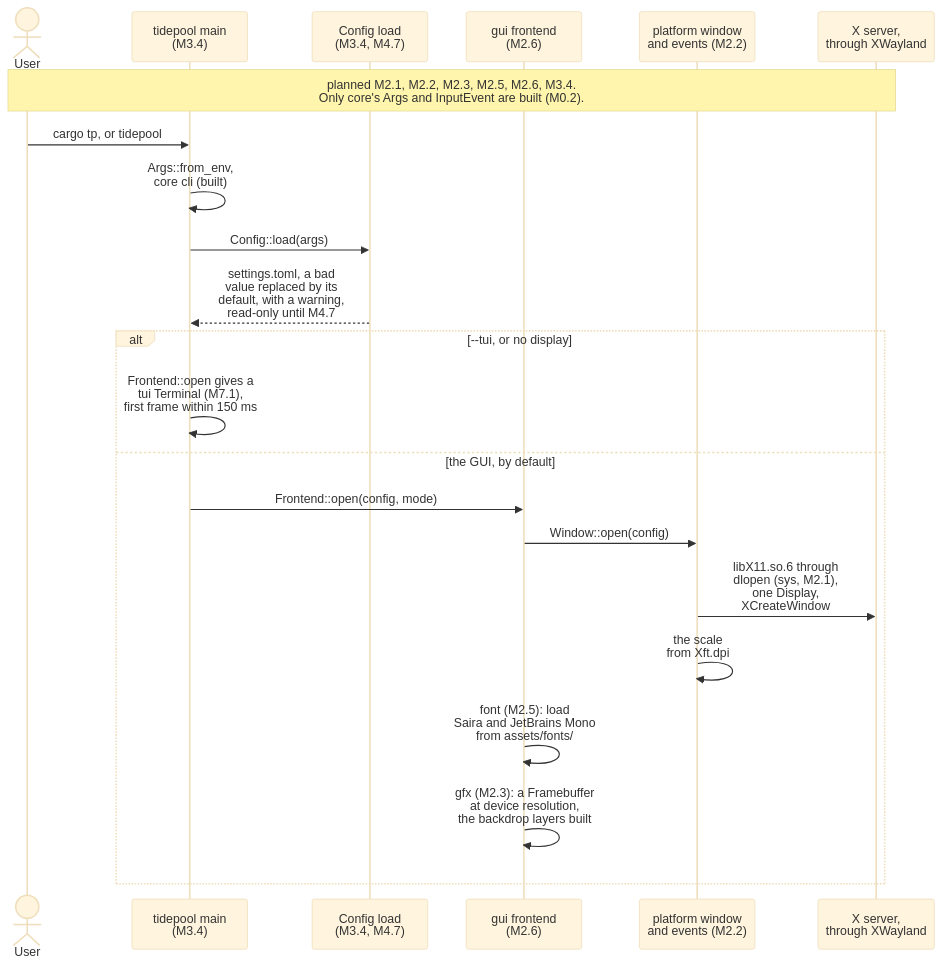
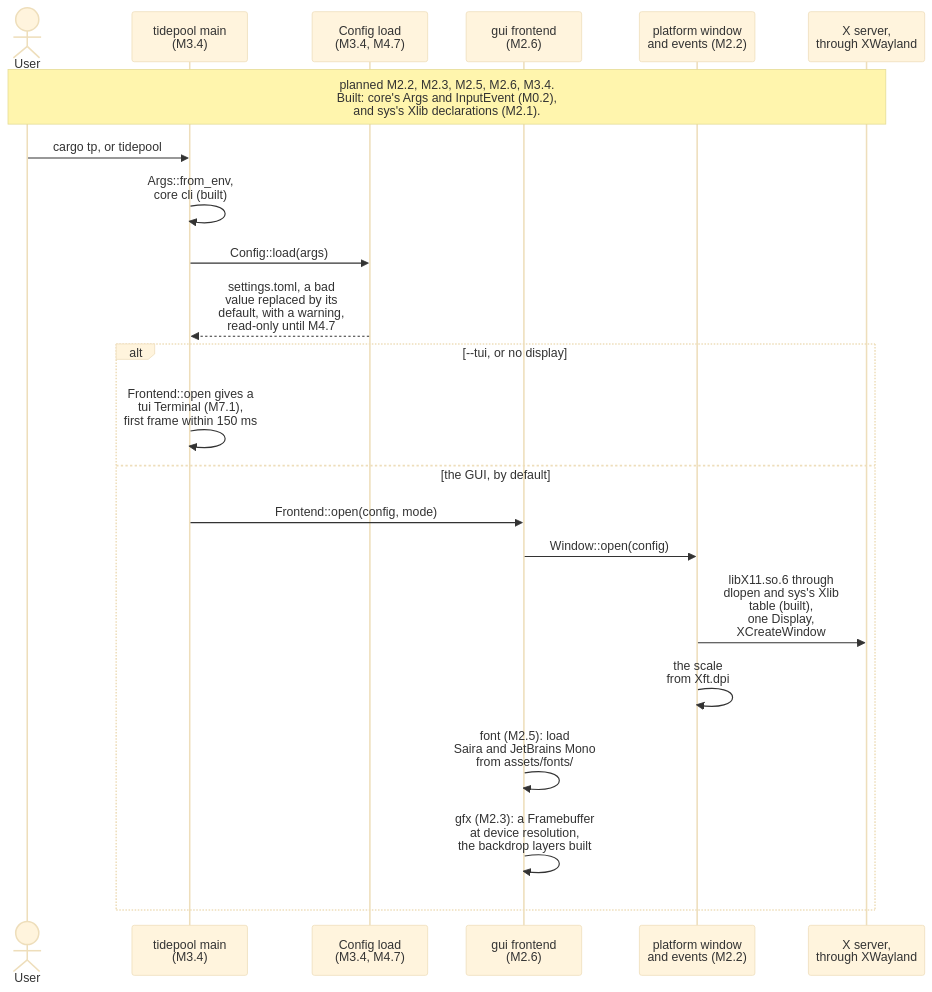
Before and after one commit to jabbott-iii/Tidepool: the eighth of 21 diagrams in diagrams/sequence-diagrams.md, drawn with Mermaid (base theme). The commit also changed other lines of this file and 21 other files, not shown here.

First line of the commit message:
sys: dynlib, libc and X11 declarations (M2.1)

````diff
--- a/diagrams/sequence-diagrams.md
+++ b/diagrams/sequence-diagrams.md
@@ -441,25 +441,25 @@
 ```mermaid
 sequenceDiagram
     actor User
     participant Cli as tidepool main<br/>(M3.4)
     participant Cfg as Config load<br/>(M3.4, M4.7)
     participant Fe as gui frontend<br/>(M2.6)
     participant Plat as platform window<br/>and events (M2.2)
     participant Disp as X server,<br/>through XWayland
 
-    Note over User,Disp: planned M2.1, M2.2, M2.3, M2.5, M2.6, M3.4.<br/>Only core's Args and InputEvent are built (M0.2).
+    Note over User,Disp: planned M2.2, M2.3, M2.5, M2.6, M3.4.<br/>Built: core's Args and InputEvent (M0.2),<br/>and sys's Xlib declarations (M2.1).
     User->>Cli: cargo tp, or tidepool
     Cli->>Cli: Args::from_env,<br/>core cli (built)
     Cli->>Cfg: Config::load(args)
     Cfg-->>Cli: settings.toml, a bad<br/>value replaced by its<br/>default, with a warning,<br/>read-only until M4.7
     alt --tui, or no display
         Cli->>Cli: Frontend::open gives a<br/>tui Terminal (M7.1),<br/>first frame within 150 ms
     else the GUI, by default
         Cli->>Fe: Frontend::open(config, mode)
         Fe->>Plat: Window::open(config)
-        Plat->>Disp: libX11.so.6 through<br/>dlopen (sys, M2.1),<br/>one Display,<br/>XCreateWindow
+        Plat->>Disp: libX11.so.6 through<br/>dlopen and sys's Xlib<br/>table (built),<br/>one Display,<br/>XCreateWindow
         Plat->>Plat: the scale<br/>from Xft.dpi
         Fe->>Fe: font (M2.5): load<br/>Saira and JetBrains Mono<br/>from assets/fonts/
         Fe->>Fe: gfx (M2.3): a Framebuffer<br/>at device resolution,<br/>the backdrop layers built
     end
 ```
````
